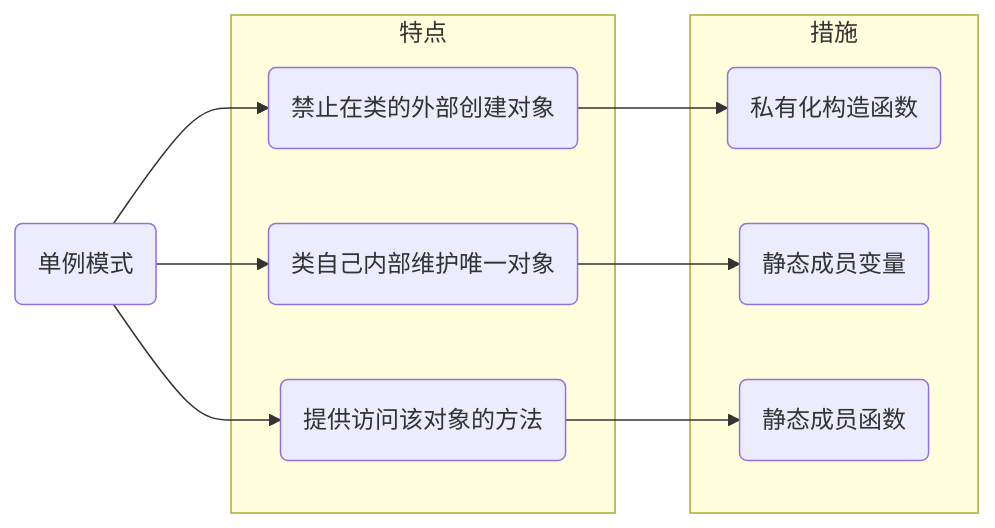
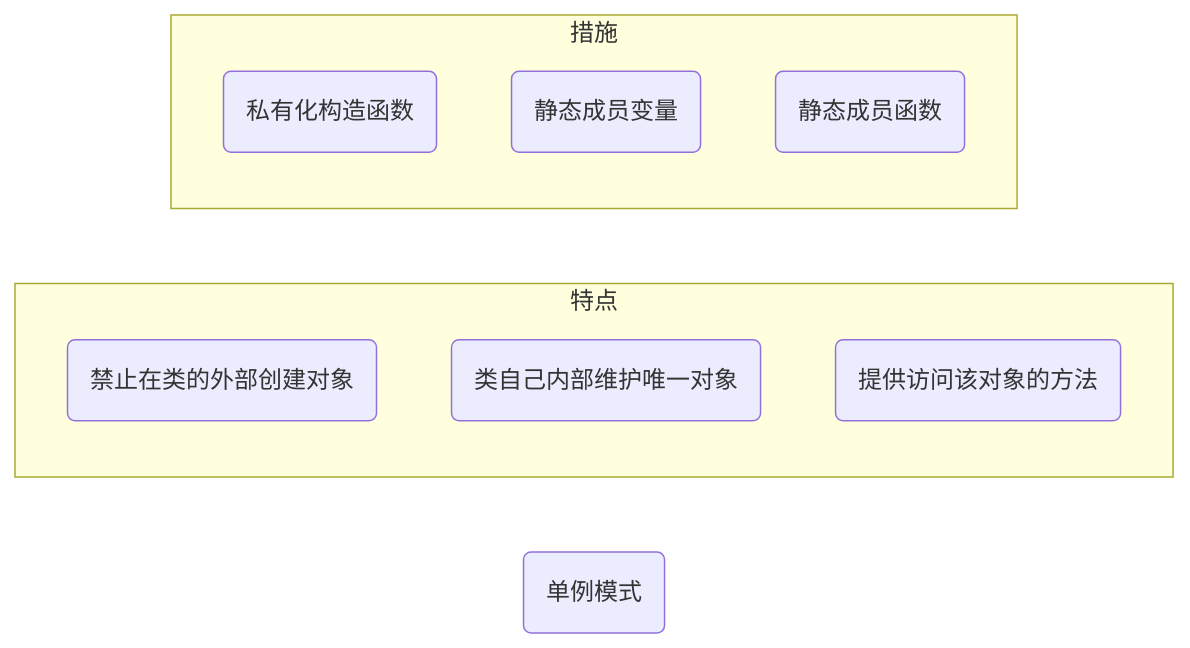
The diagram in Language/C&C++/DesignPattern/2022-09-26-单例模式.md (dmjcb/SelfBlog), drawn with Mermaid before and after one commit. The commit also changed other lines of this file and 224 other files, not shown here.

````diff
--- a/Language/C&C++/DesignPattern/2022-09-26-单例模式.md
+++ b/Language/C&C++/DesignPattern/2022-09-26-单例模式.md
@@ -15,20 +15,17 @@
 ```mermaid
 graph LR;
     S(单例模式)
 
     subgraph T[特点]
         A(禁止在类的外部创建对象)
         B(类自己内部维护唯一对象)
         C(提供访问该对象的方法)
     end
 
     subgraph R[措施]
         A1(私有化构造函数)
         B1(静态成员变量)
         C1(静态成员函数)
     end
 
-    S-->A-->A1
-    S-->B-->B1
-    S-->C-->C1
 ```
````
